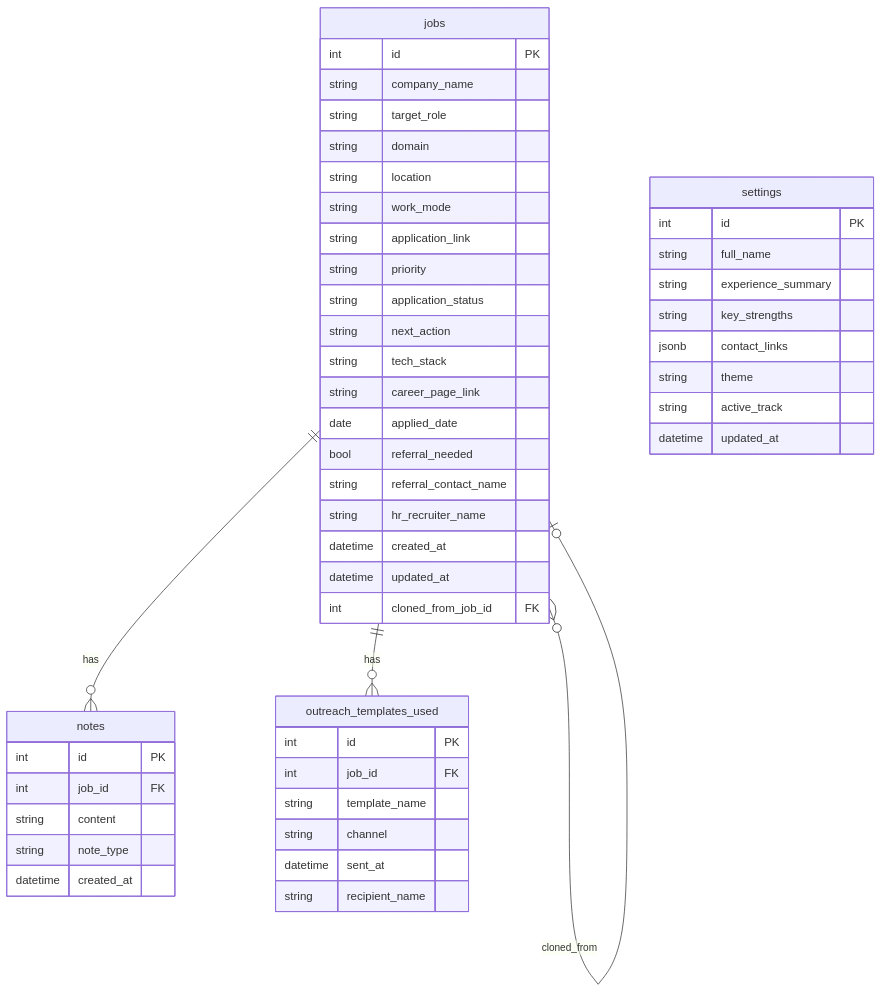
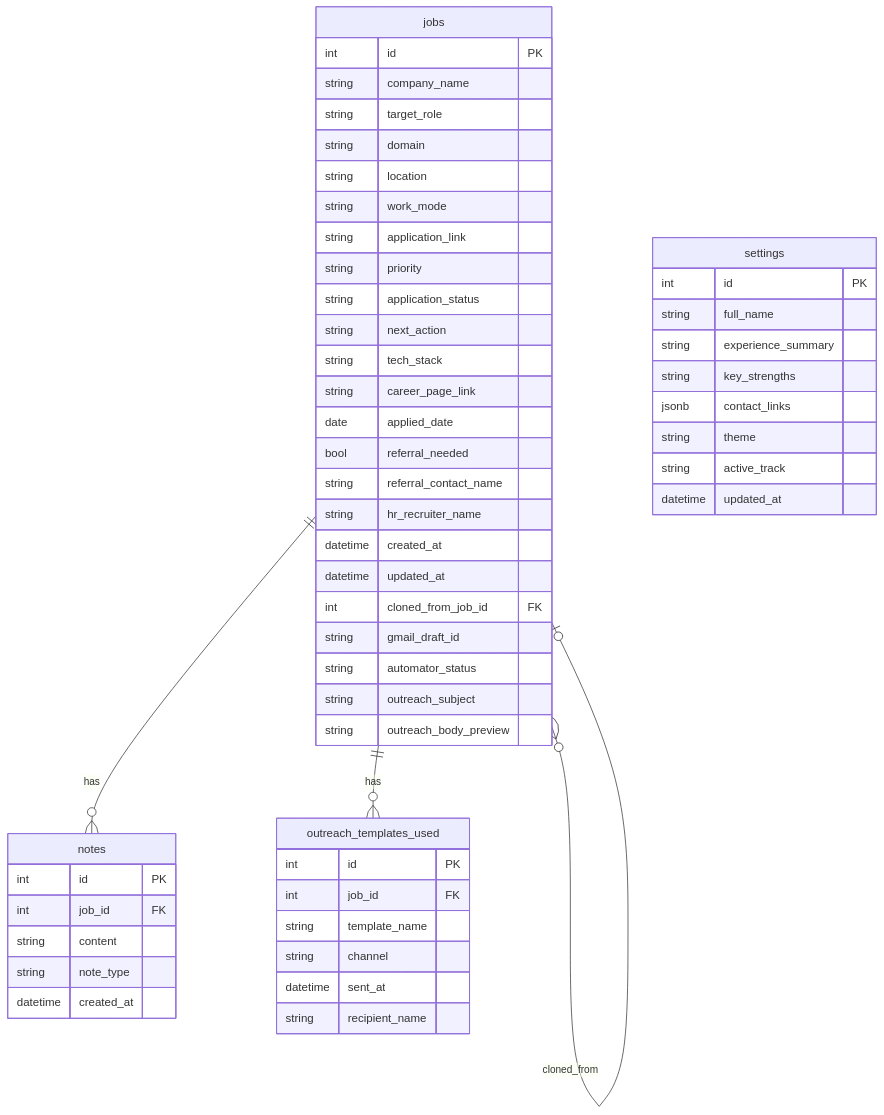
The diagram in docs/04-database.md (coder-pro10z/raycast-job-tracker), drawn with Mermaid before and after one commit. The commit also changed other lines of this file and 6 other files, not shown here.

Commit message:
docs: complete audit and update all core docs (02-07), README, and Graphify visualizer

````diff
--- a/docs/04-database.md
+++ b/docs/04-database.md
@@ -14,52 +14,56 @@
 ```mermaid
 erDiagram
     jobs {
         int id PK
         string company_name
         string target_role
         string domain
         string location
         string work_mode
         string application_link
         string priority
         string application_status
         string next_action
         string tech_stack
         string career_page_link
         date applied_date
         bool referral_needed
         string referral_contact_name
         string hr_recruiter_name
         datetime created_at
         datetime updated_at
         int cloned_from_job_id FK
+        string gmail_draft_id
+        string automator_status
+        string outreach_subject
+        string outreach_body_preview
     }
     notes {
         int id PK
         int job_id FK
         string content
         string note_type
         datetime created_at
     }
     outreach_templates_used {
         int id PK
         int job_id FK
         string template_name
         string channel
         datetime sent_at
         string recipient_name
     }
     settings {
         int id PK
         string full_name
         string experience_summary
         string key_strengths
         jsonb contact_links
         string theme
         string active_track
         datetime updated_at
     }
     jobs ||--o{ notes : "has"
     jobs ||--o{ outreach_templates_used : "has"
     jobs }o--o| jobs : "cloned_from"
 ```
````
